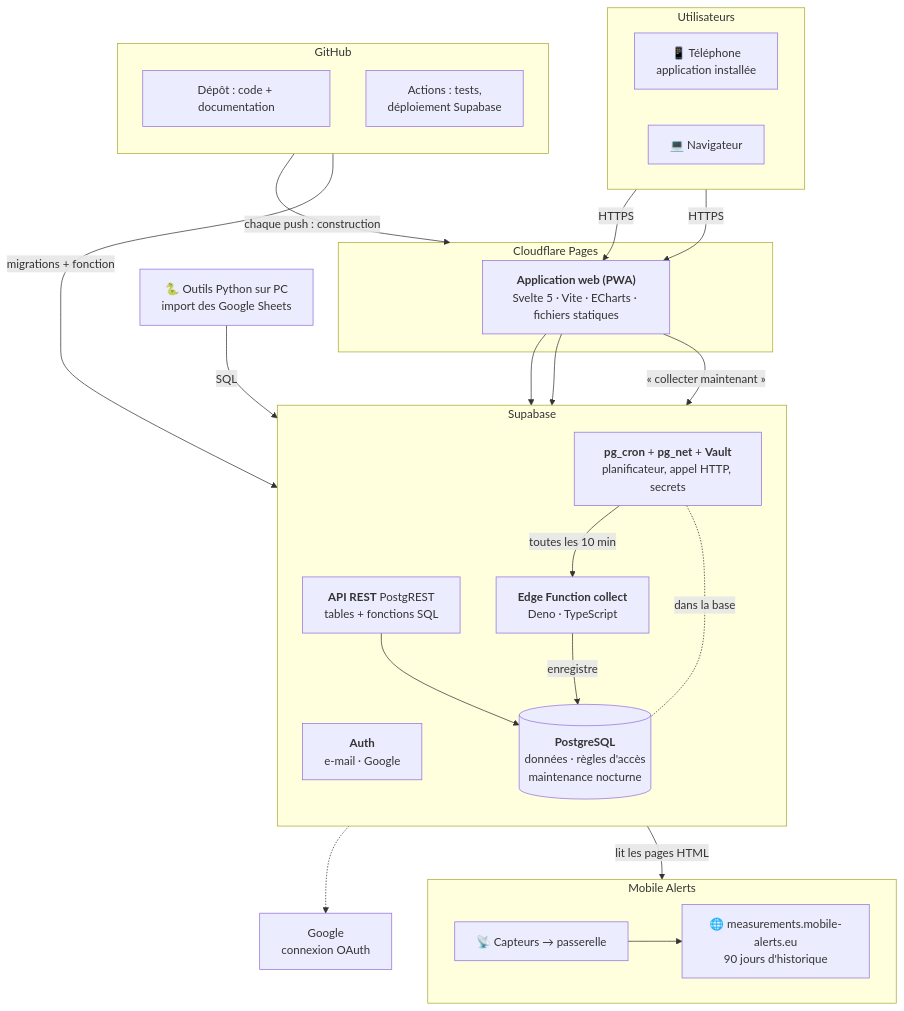
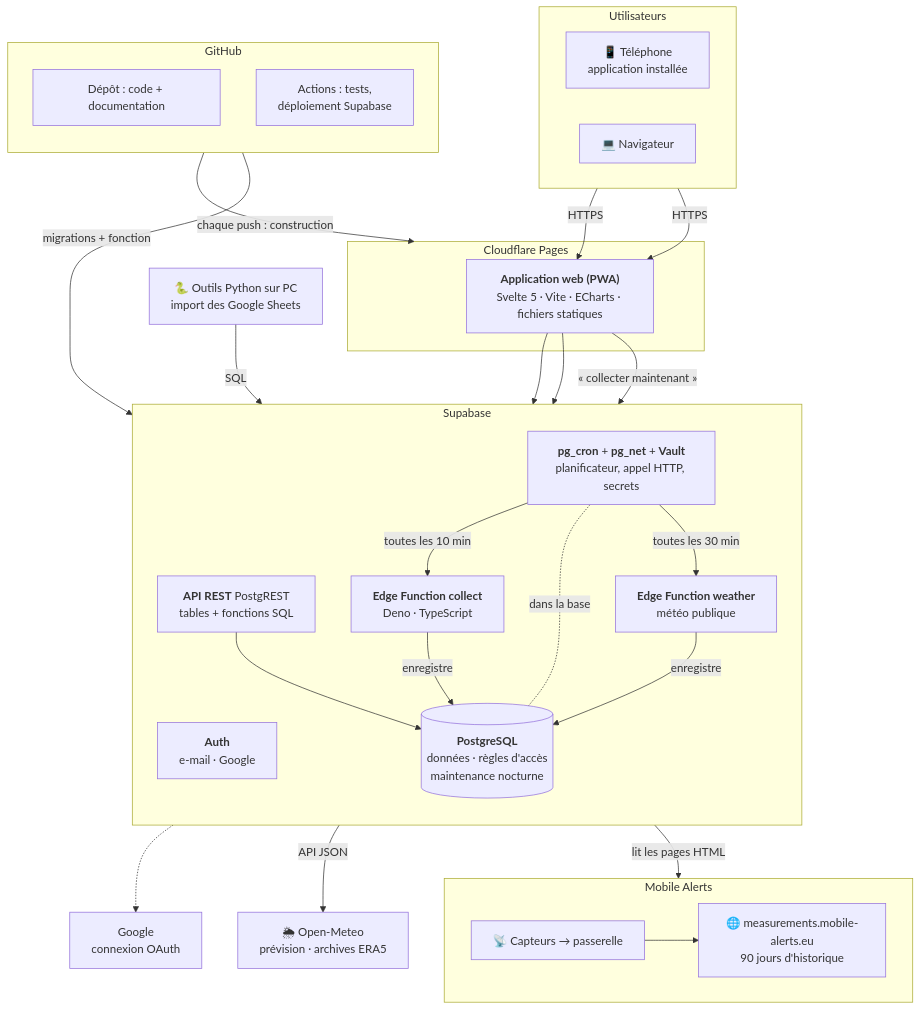
One commit to nicolo73/MobAlPlus changed the first of 9 diagrams in docs/architecture.md. Above: the diagram before and after it, drawn with Mermaid. The commit also changed other lines of this file and 44 other files, not shown here.

First line of the commit message:
Météo publique collectée par le serveur : stations météo virtuelles

````diff
--- a/docs/architecture.md
+++ b/docs/architecture.md
@@ -27,52 +27,57 @@
 ```mermaid
 flowchart TB
   subgraph users["Utilisateurs"]
     direction LR
     phone["📱 Téléphone<br/>application installée"]
     browser["💻 Navigateur"]
   end
 
   subgraph cf["Cloudflare Pages"]
     pwa["<b>Application web (PWA)</b><br/>Svelte 5 · Vite · ECharts · fichiers statiques"]
   end
 
   subgraph sb["Supabase"]
     direction TB
     auth["<b>Auth</b><br/>e-mail · Google"]
     api["<b>API REST</b> PostgREST<br/>tables + fonctions SQL"]
     fn["<b>Edge Function collect</b><br/>Deno · TypeScript"]
+    wfn["<b>Edge Function weather</b><br/>météo publique"]
     db[("<b>PostgreSQL</b><br/>données · règles d'accès<br/>maintenance nocturne")]
     cron["<b>pg_cron</b> + <b>pg_net</b> + <b>Vault</b><br/>planificateur, appel HTTP, secrets"]
   end
 
   subgraph ma["Mobile Alerts"]
     direction LR
     sensors["📡 Capteurs → passerelle"]
     site["🌐 measurements.mobile-alerts.eu<br/>90 jours d'historique"]
   end
 
   google["Google<br/>connexion OAuth"]
+  om["🌦 Open-Meteo<br/>prévision · archives ERA5"]
 
   subgraph gh["GitHub"]
     direction TB
     repo["Dépôt : code + documentation"]
     actions["Actions : tests,<br/>déploiement Supabase"]
   end
 
   cli["🐍 Outils Python sur PC<br/>import des Google Sheets"]
 
   phone & browser -->|HTTPS| pwa
   pwa --> auth
   pwa --> api
   pwa -->|« collecter maintenant »| fn
   auth -.-> google
   api --> db
   cron -->|toutes les 10 min| fn
   fn -->|enregistre| db
   cron -.-|dans la base| db
   fn -->|lit les pages HTML| site
+  cron -->|toutes les 30 min| wfn
+  wfn -->|enregistre| db
+  wfn -->|API JSON| om
   sensors --> site
   repo -->|chaque push : construction| cf
   actions -->|migrations + fonction| sb
   cli -->|SQL| db
 ```
````
